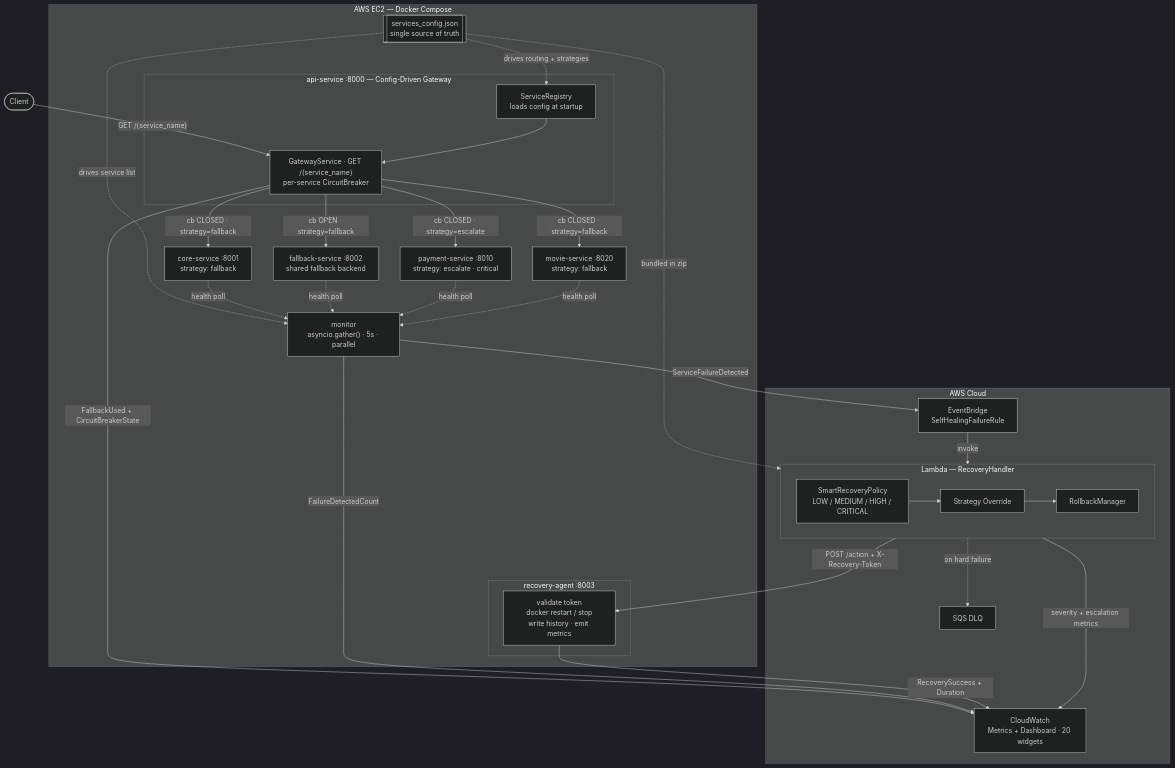
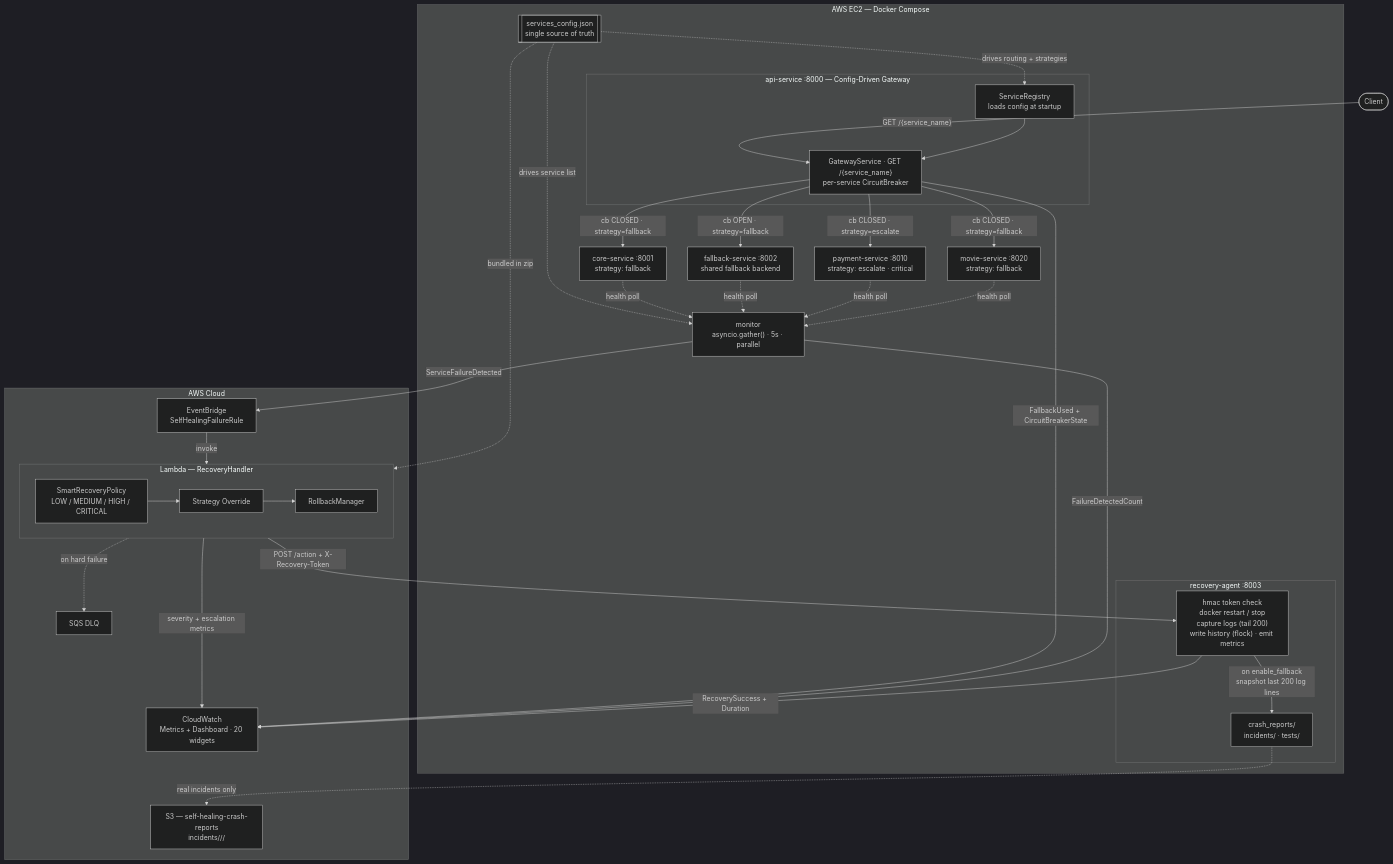
Before and after one commit to agrawal-2005/self-healing-system: the diagram in README.md, drawn with Mermaid (dark theme). The commit also changed other lines of this file, not shown here.

First line of the commit message:
docs: add Phase 9 — crash report capture, S3 storage, hardening notes

````diff
--- a/README.md
+++ b/README.md
@@ -76,60 +76,64 @@
 ```mermaid
 flowchart TD
     client(["Client"])
 
     subgraph EC2["AWS EC2 — Docker Compose"]
         cfg[["services_config.json\nsingle source of truth"]]
 
         subgraph GW["api-service :8000 — Config-Driven Gateway"]
             sreg["ServiceRegistry\nloads config at startup"]
             gwsvc["GatewayService · GET /{service_name}\nper-service CircuitBreaker"]
         end
 
         core["core-service :8001\nstrategy: fallback"]
         fb["fallback-service :8002\nshared fallback backend"]
         pay["payment-service :8010\nstrategy: escalate · critical"]
         mov["movie-service :8020\nstrategy: fallback"]
         mon["monitor\nasyncio.gather() · 5s · parallel"]
 
         subgraph AGENT["recovery-agent :8003"]
-            ra["validate token\ndocker restart / stop\nwrite history · emit metrics"]
+            ra["hmac token check\ndocker restart / stop\ncapture logs (tail 200)\nwrite history (flock) · emit metrics"]
+            cr["crash_reports/\nincidents/ · tests/"]
         end
     end
 
     subgraph AWS["AWS Cloud"]
         eb["EventBridge\nSelfHealingFailureRule"]
 
         subgraph LAM["Lambda — RecoveryHandler"]
             policy["SmartRecoveryPolicy\nLOW / MEDIUM / HIGH / CRITICAL"]
             strat["Strategy Override"]
             rollback["RollbackManager"]
         end
 
         dlq["SQS DLQ"]
         cw["CloudWatch\nMetrics + Dashboard · 20 widgets"]
+        s3["S3 — self-healing-crash-reports\nincidents/<service>/<date>/"]
     end
 
     client -->|"GET /{service_name}"| gwsvc
     cfg -.->|"drives routing + strategies"| sreg
     sreg --> gwsvc
     gwsvc -->|"cb CLOSED · strategy=fallback"| core
     gwsvc -->|"cb CLOSED · strategy=escalate"| pay
     gwsvc -->|"cb CLOSED · strategy=fallback"| mov
     gwsvc -->|"cb OPEN · strategy=fallback"| fb
     cfg -.->|drives service list| mon
     cfg -.->|bundled in zip| LAM
     core -.->|health poll| mon
     fb -.->|health poll| mon
     pay -.->|health poll| mon
     mov -.->|health poll| mon
     gwsvc -->|"FallbackUsed + CircuitBreakerState"| cw
     mon -->|ServiceFailureDetected| eb
     mon -->|FailureDetectedCount| cw
     eb -->|invoke| LAM
     policy --> strat
     strat --> rollback
     LAM -->|"POST /action + X-Recovery-Token"| ra
     LAM -.->|on hard failure| dlq
     LAM -->|"severity + escalation metrics"| cw
     ra -->|"RecoverySuccess + Duration"| cw
+    ra -->|"on enable_fallback\nsnapshot last 200 log lines"| cr
+    cr -.->|"real incidents only"| s3
 ```
````
